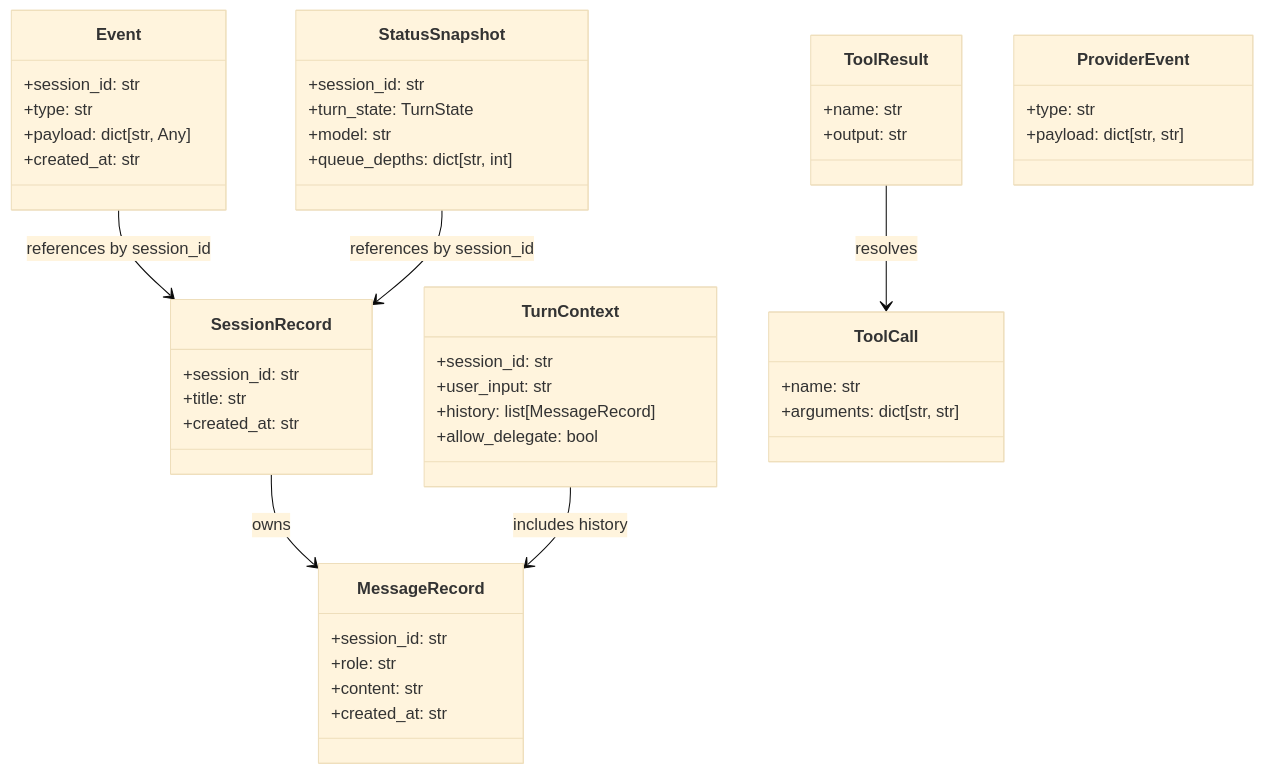
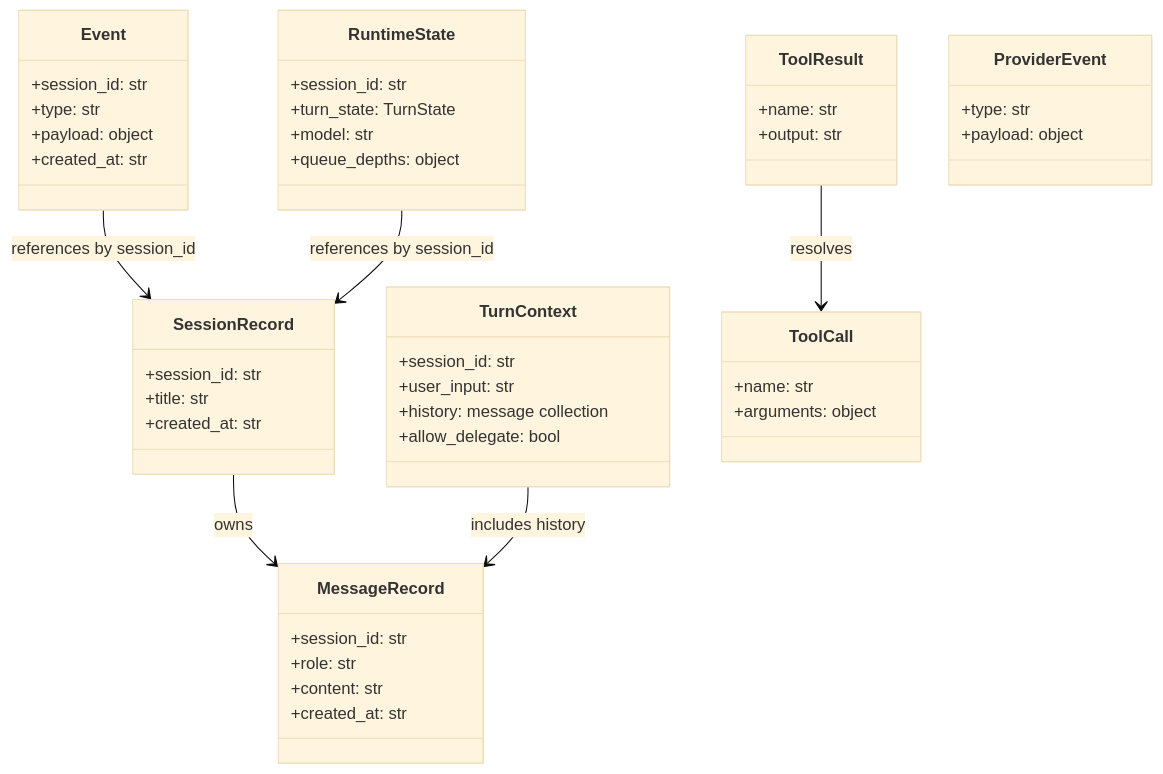
Before and after one commit to yao-creative/anti-tech-debt: the fourth of 8 diagrams in docs/architecture.md, drawn with Mermaid (base theme). The commit also changed other lines of this file and 30 other files, not shown here.

````diff
--- a/docs/architecture.md
+++ b/docs/architecture.md
@@ -124,57 +137,57 @@
 ```mermaid
 classDiagram
     class SessionRecord {
       +session_id: str
       +title: str
       +created_at: str
     }
 
     class MessageRecord {
       +session_id: str
       +role: str
       +content: str
       +created_at: str
     }
 
     class TurnContext {
       +session_id: str
       +user_input: str
-      +history: list[MessageRecord]
+      +history: message collection
       +allow_delegate: bool
     }
 
     class Event {
       +session_id: str
       +type: str
-      +payload: dict[str, Any]
+      +payload: object
       +created_at: str
     }
 
-    class StatusSnapshot {
+    class RuntimeState {
       +session_id: str
       +turn_state: TurnState
       +model: str
-      +queue_depths: dict[str, int]
+      +queue_depths: object
     }
 
     class ToolCall {
       +name: str
-      +arguments: dict[str, str]
+      +arguments: object
     }
 
     class ToolResult {
       +name: str
       +output: str
     }
 
     class ProviderEvent {
       +type: str
-      +payload: dict[str, str]
+      +payload: object
     }
 
     SessionRecord --> MessageRecord : owns
     TurnContext --> MessageRecord : includes history
     Event --> SessionRecord : references by session_id
-    StatusSnapshot --> SessionRecord : references by session_id
+    RuntimeState --> SessionRecord : references by session_id
     ToolResult --> ToolCall : resolves
 ```
````
